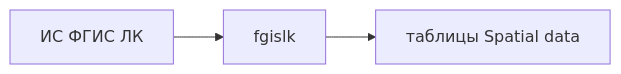
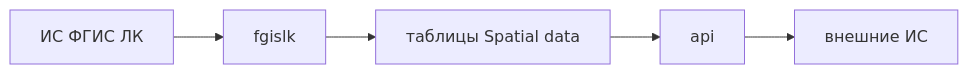
One commit to AversIgor/dbms changed the diagram in spatialData/CONTEXT.md. Above: the diagram before and after it, drawn with Mermaid. The commit also changed other lines of this file and 26 other files, not shown here.

````diff
--- a/spatialData/CONTEXT.md
+++ b/spatialData/CONTEXT.md
@@ -92,8 +93,12 @@
 ```mermaid
 flowchart LR
   Fgis["ИС ФГИС ЛК"]
   FgislkApp["fgislk"]
   PG["таблицы Spatial data"]
+  Api["api"]
+  Ext["внешние ИС"]
   Fgis --> FgislkApp
   FgislkApp --> PG
+  PG --> Api
+  Api --> Ext
 ```
````
